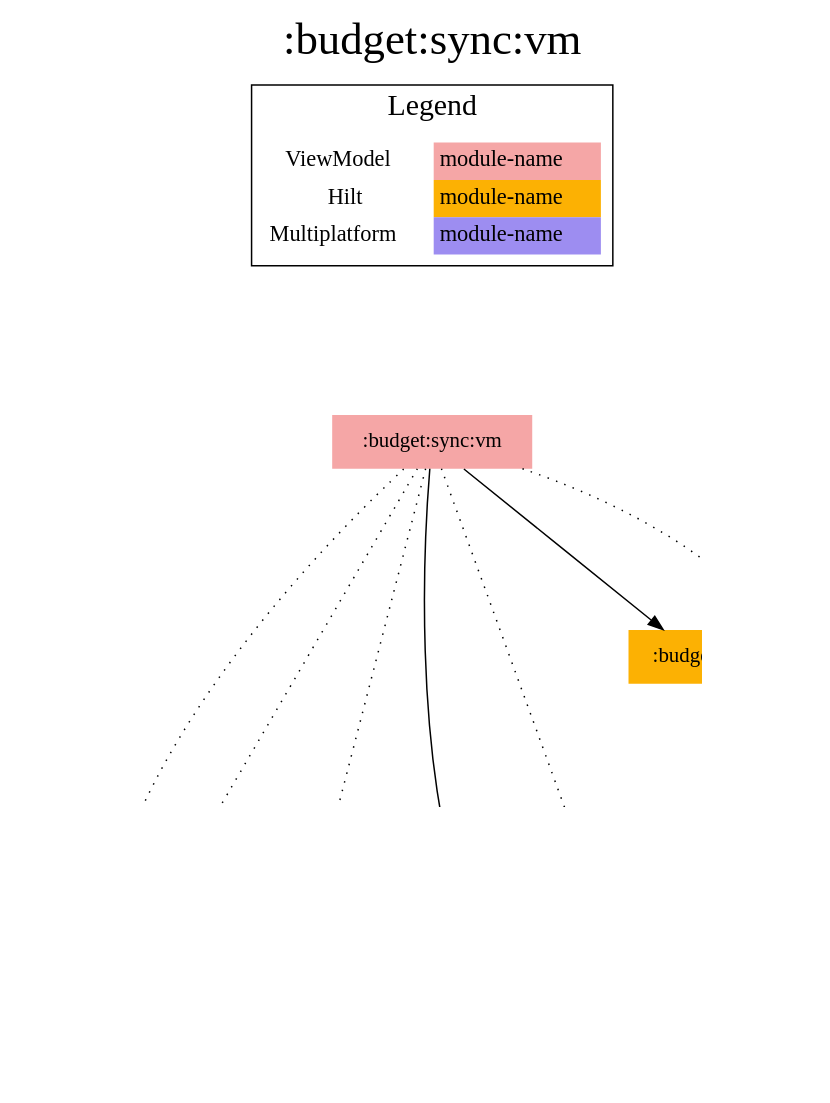
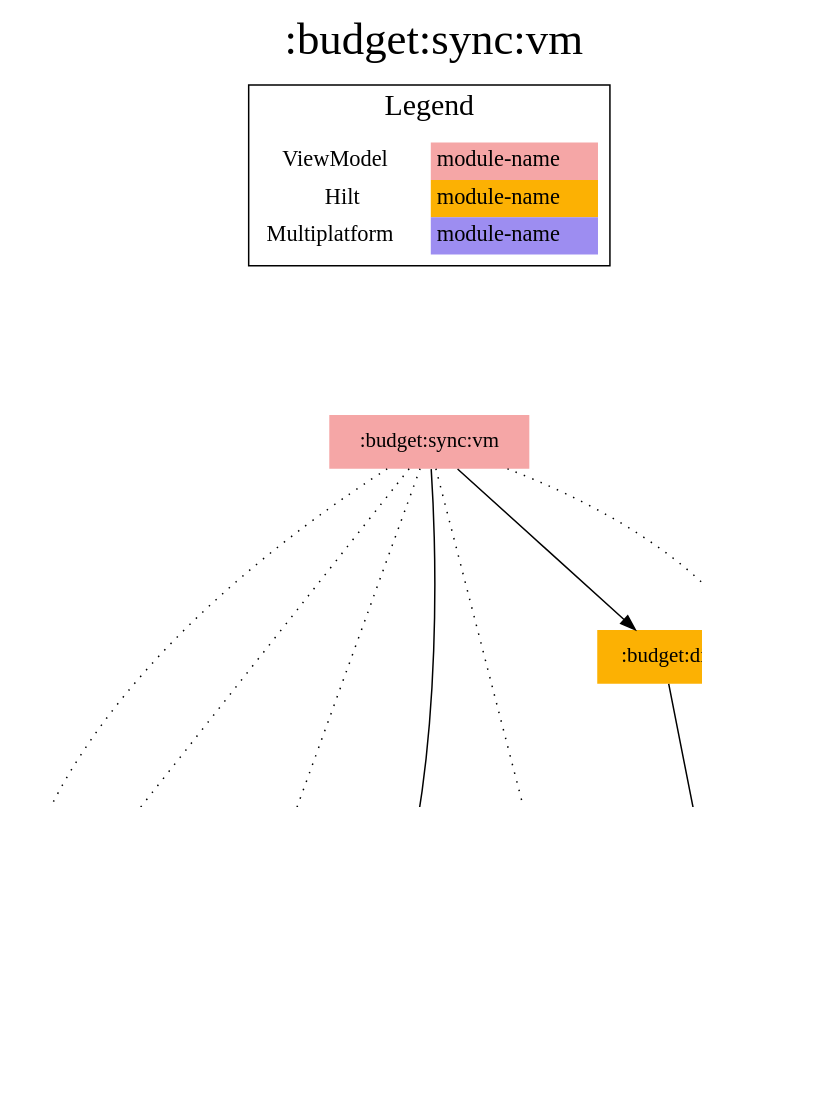
Before and after one commit to jonapoul/aktual: the diagram in modules/budget/sync/vm/modules.dot, drawn with Graphviz. The commit also changed 89 other files, not shown here.

```diff
--- a/modules/budget/sync/vm/modules.dot
+++ b/modules/budget/sync/vm/modules.dot
@@ -1,49 +1,49 @@
 digraph {
 edge ["dir"="forward"]
 graph ["dpi"="100","label"=":budget:sync:vm","labelloc"="t","fontsize"="30","ranksep"="1.5","rankdir"="TB"]
 node ["style"="filled"]
 ":account:model" ["fillcolor"="#9D8DF1","shape"="none"]
 ":api:actual" ["fillcolor"="#9D8DF1","shape"="none"]
+":budget:db" ["fillcolor"="#9D8DF1","shape"="none"]
 ":budget:di" ["fillcolor"="#FCB103","shape"="none"]
 ":budget:encryption" ["fillcolor"="#9D8DF1","shape"="none"]
 ":budget:model" ["fillcolor"="#9D8DF1","shape"="none"]
 ":budget:sync:vm" ["fillcolor"="#F5A6A6","shape"="none"]
 ":codegen:annotation" ["fillcolor"="#9D8DF1","shape"="none"]
 ":core:model" ["fillcolor"="#9D8DF1","shape"="none"]
-":db" ["fillcolor"="#9D8DF1","shape"="none"]
 ":prefs" ["fillcolor"="#9D8DF1","shape"="none"]
 {
 edge ["dir"="none"]
 graph ["rank"="same"]
 }
 ":api:actual" -> ":account:model"
 ":api:actual" -> ":budget:model"
 ":api:actual" -> ":codegen:annotation" ["style"="dotted"]
 ":api:actual" -> ":core:model"
-":budget:di" -> ":db"
+":budget:db" -> ":budget:model"
+":budget:db" -> ":core:model"
+":budget:di" -> ":budget:db"
 ":budget:encryption" -> ":account:model"
 ":budget:encryption" -> ":budget:model"
 ":budget:encryption" -> ":core:model"
 ":budget:sync:vm" -> ":account:model" ["style"="dotted"]
 ":budget:sync:vm" -> ":api:actual" ["style"="dotted"]
 ":budget:sync:vm" -> ":budget:di"
 ":budget:sync:vm" -> ":budget:encryption" ["style"="dotted"]
 ":budget:sync:vm" -> ":budget:model" ["style"="dotted"]
 ":budget:sync:vm" -> ":core:model"
 ":budget:sync:vm" -> ":prefs" ["style"="dotted"]
-":db" -> ":budget:model"
-":db" -> ":core:model"
 ":prefs" -> ":account:model"
 ":prefs" -> ":core:model"
 subgraph "cluster_legend" {
 edge ["dir"="none"]
 graph ["label"="Legend","fontsize"="20"]
 "Legend" ["style"="filled","fillcolor"="#FFFFFF","shape"="none","margin"="0","fontsize"="15","label"=<
 <TABLE BORDER="0" CELLBORDER="0" CELLSPACING="0" CELLPADDING="4">
 <TR><TD>ViewModel</TD><TD BGCOLOR="#F5A6A6">module-name</TD></TR>
 <TR><TD>Hilt</TD><TD BGCOLOR="#FCB103">module-name</TD></TR>
 <TR><TD>Multiplatform</TD><TD BGCOLOR="#9D8DF1">module-name</TD></TR>
 </TABLE>
 >]
 } -> ":budget:sync:vm" ["style"="invis"]
 }
```
